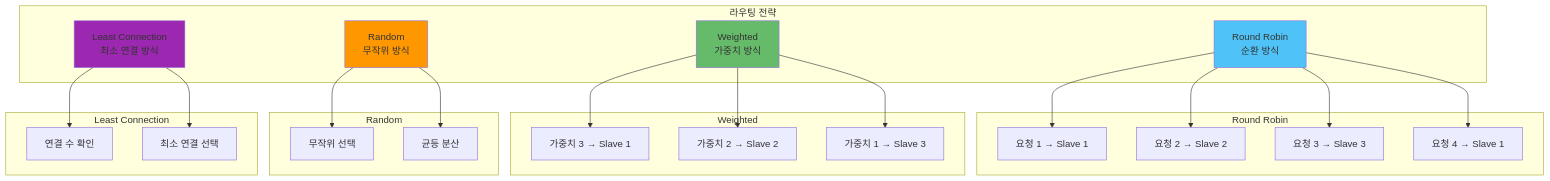
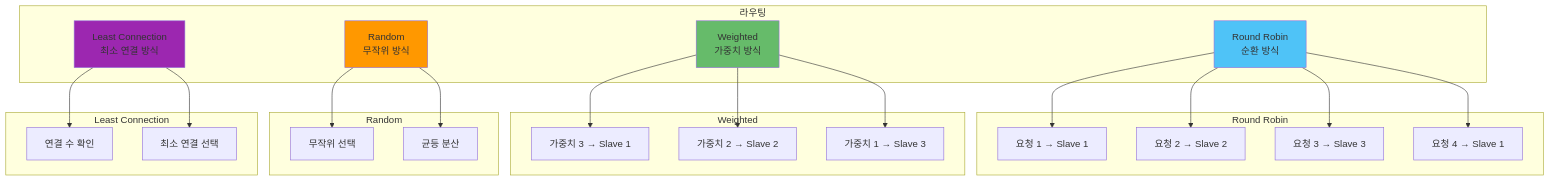
The eighth of 11 diagrams in Develop/Framework/Node/데이터베이스/연결_풀_관리.md (GYUTORY/YGSTUDY), drawn with Mermaid before and after one commit. The commit also changed other lines of this file and 2 other files, not shown here.

````diff
--- a/Develop/Framework/Node/데이터베이스/연결_풀_관리.md
+++ b/Develop/Framework/Node/데이터베이스/연결_풀_관리.md
@@ -548,52 +548,52 @@
 ```mermaid
 graph TD
-    subgraph "라우팅 전략"
+    subgraph "라우팅"
         ROUND_ROBIN[Round Robin<br/>순환 방식]
         WEIGHTED[Weighted<br/>가중치 방식]
         RANDOM[Random<br/>무작위 방식]
         LEAST_CONN[Least Connection<br/>최소 연결 방식]
     end
     
     subgraph "Round Robin"
         RR1[요청 1 → Slave 1]
         RR2[요청 2 → Slave 2]
         RR3[요청 3 → Slave 3]
         RR4[요청 4 → Slave 1]
     end
     
     subgraph "Weighted"
         W1[가중치 3 → Slave 1]
         W2[가중치 2 → Slave 2]
         W3[가중치 1 → Slave 3]
     end
     
     subgraph "Random"
         R1[무작위 선택]
         R2[균등 분산]
     end
     
     subgraph "Least Connection"
         LC1[연결 수 확인]
         LC2[최소 연결 선택]
     end
     
     ROUND_ROBIN --> RR1
     ROUND_ROBIN --> RR2
     ROUND_ROBIN --> RR3
     ROUND_ROBIN --> RR4
     
     WEIGHTED --> W1
     WEIGHTED --> W2
     WEIGHTED --> W3
     
     RANDOM --> R1
     RANDOM --> R2
     
     LEAST_CONN --> LC1
     LEAST_CONN --> LC2
     
     style ROUND_ROBIN fill:#4fc3f7
     style WEIGHTED fill:#66bb6a
     style RANDOM fill:#ff9800
     style LEAST_CONN fill:#9c27b0
 ```
````
